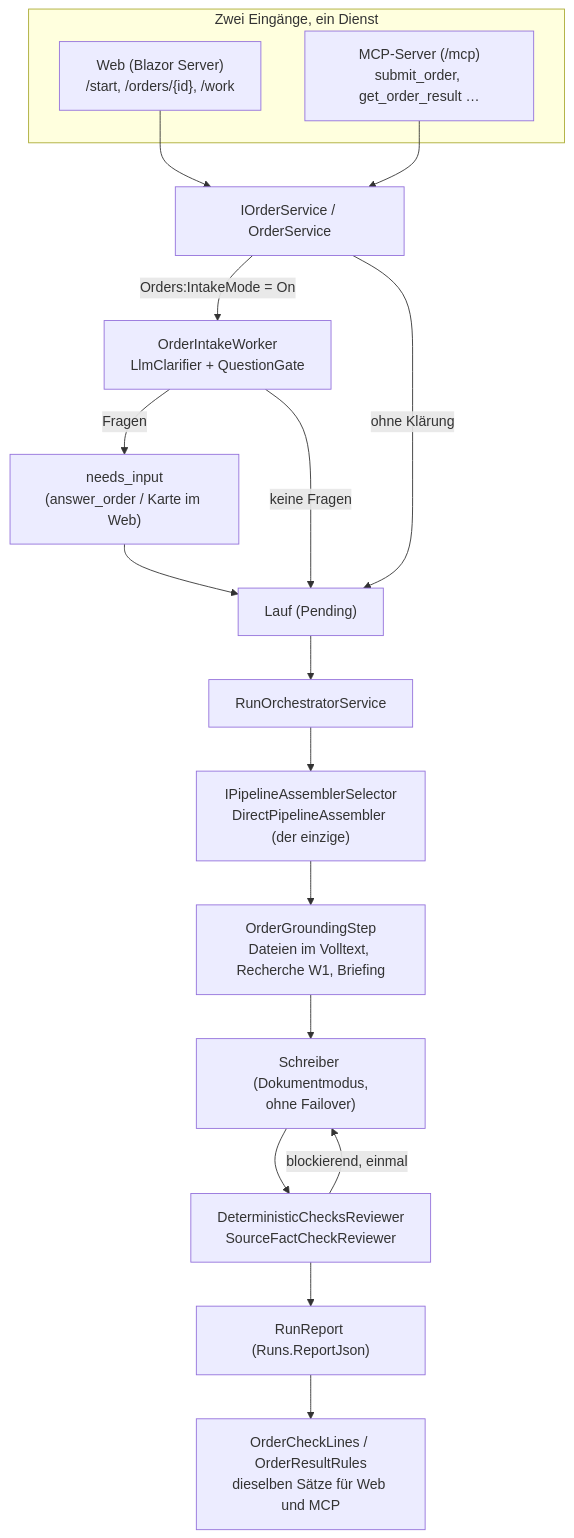
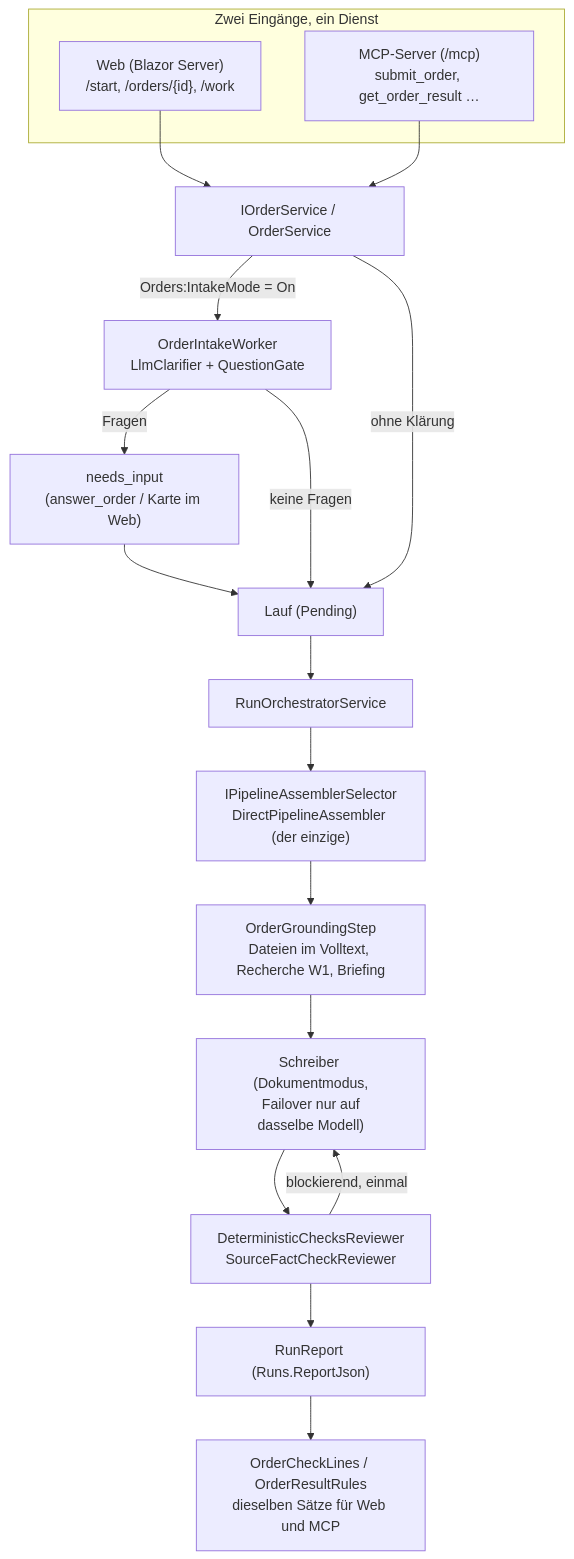
The diagram in docs/15-developer-guide_de.md (chr0mcom/geef-atelier), drawn with Mermaid before and after one commit. The commit also changed other lines of this file and 32 other files, not shown here.

````diff
--- a/docs/15-developer-guide_de.md
+++ b/docs/15-developer-guide_de.md
@@ -18,22 +18,22 @@
 ```mermaid
 flowchart TB
     subgraph Entry["Zwei Eingänge, ein Dienst"]
         W["Web (Blazor Server)<br/>/start, /orders/{id}, /work"]
         M["MCP-Server (/mcp)<br/>submit_order, get_order_result …"]
     end
     W --> OS["IOrderService / OrderService"]
     M --> OS
     OS -->|"Orders:IntakeMode = On"| IW["OrderIntakeWorker<br/>LlmClarifier + QuestionGate"]
     IW -->|"Fragen"| Q["needs_input<br/>(answer_order / Karte im Web)"]
     Q --> R
     IW -->|"keine Fragen"| R["Lauf (Pending)"]
     OS -->|"ohne Klärung"| R
     R --> O["RunOrchestratorService"]
     O --> PA["IPipelineAssemblerSelector<br/>DirectPipelineAssembler (der einzige)"]
     PA --> G["OrderGroundingStep<br/>Dateien im Volltext, Recherche W1, Briefing"]
-    G --> X["Schreiber (Dokumentmodus,<br/>ohne Failover)"]
+    G --> X["Schreiber (Dokumentmodus,<br/>Failover nur auf<br/>dasselbe Modell)"]
     X --> C["DeterministicChecksReviewer<br/>SourceFactCheckReviewer"]
     C -->|"blockierend, einmal"| X
     C --> REP["RunReport (Runs.ReportJson)"]
     REP --> RES["OrderCheckLines / OrderResultRules<br/>dieselben Sätze für Web und MCP"]
 ```
````
